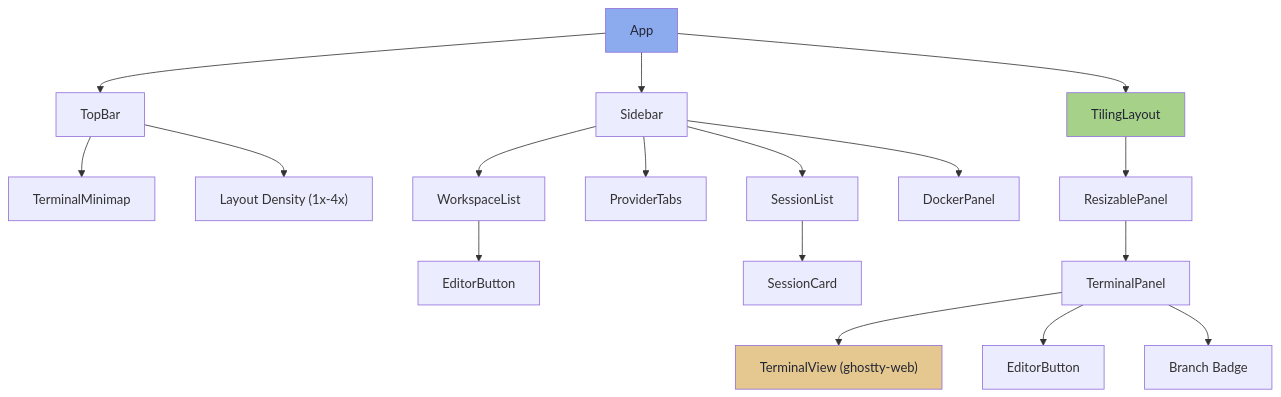
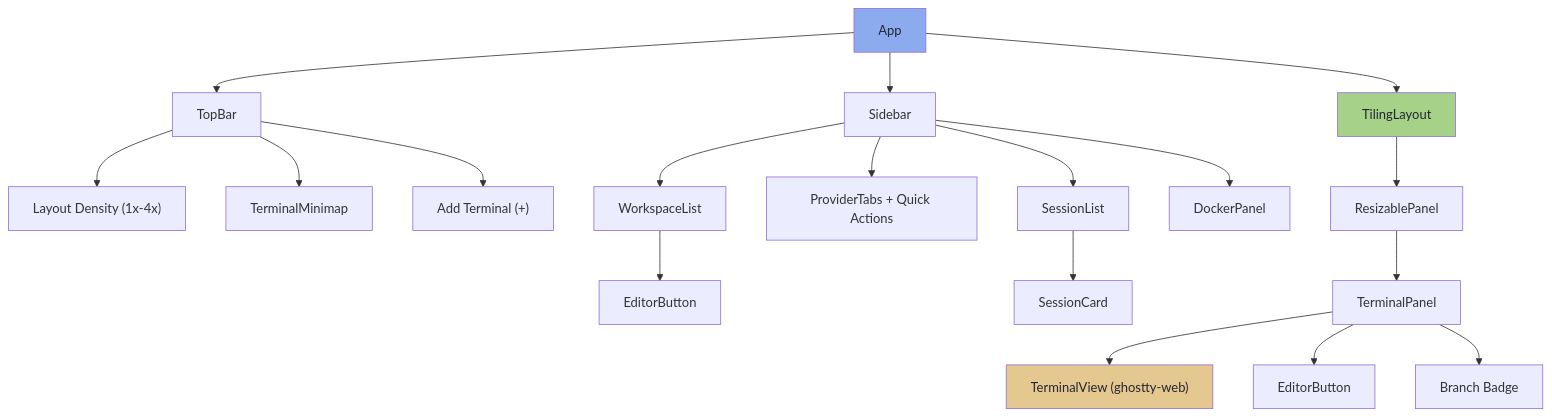
Before and after one commit to wilky-way/bord: the second of 6 diagrams in README.md, drawn with Mermaid. The commit also changed other lines of this file, not shown here.

First line of the commit message:
Add "Why This Stack?" section to README architecture docs

````diff
--- a/README.md
+++ b/README.md
@@ -194,27 +196,28 @@
 ```mermaid
 graph TD
     App --> TopBar
     App --> Sidebar
     App --> TilingLayout
 
+    TopBar --> LayoutDensityButtons["Layout Density (1x-4x)"]
     TopBar --> TerminalMinimap
-    TopBar --> LayoutDensityButtons["Layout Density (1x-4x)"]
+    TopBar --> AddTerminalButton["Add Terminal (+)"]
 
     Sidebar --> WorkspaceList
-    Sidebar --> ProviderTabs
+    Sidebar --> ProviderTabs["ProviderTabs + Quick Actions"]
     Sidebar --> SessionList
     Sidebar --> DockerPanel
     SessionList --> SessionCard
 
     TilingLayout --> ResizablePanel
     ResizablePanel --> TerminalPanel
     TerminalPanel --> TerminalView["TerminalView (ghostty-web)"]
     TerminalPanel --> EditorButton
     TerminalPanel --> GitBadge["Branch Badge"]
 
     WorkspaceList --> EditorButton2["EditorButton"]
 
     style App fill:#8caaee,color:#232634
     style TilingLayout fill:#a6d189,color:#232634
     style TerminalView fill:#e5c890,color:#232634
 ```
````
